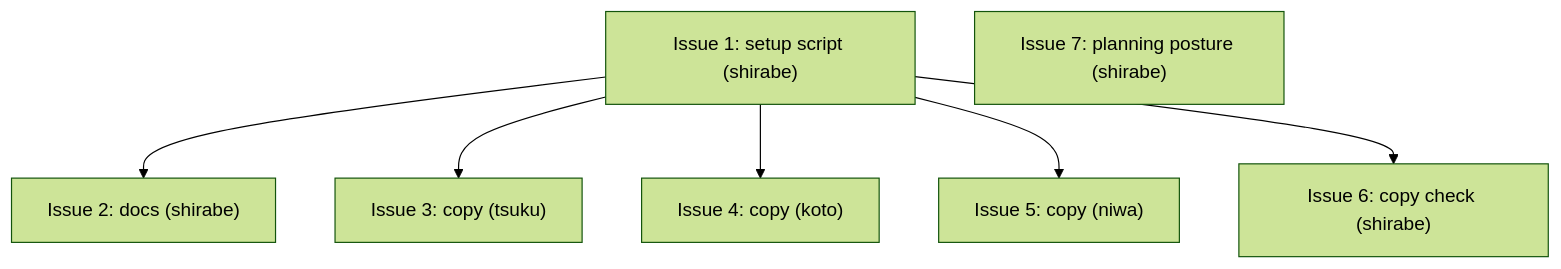
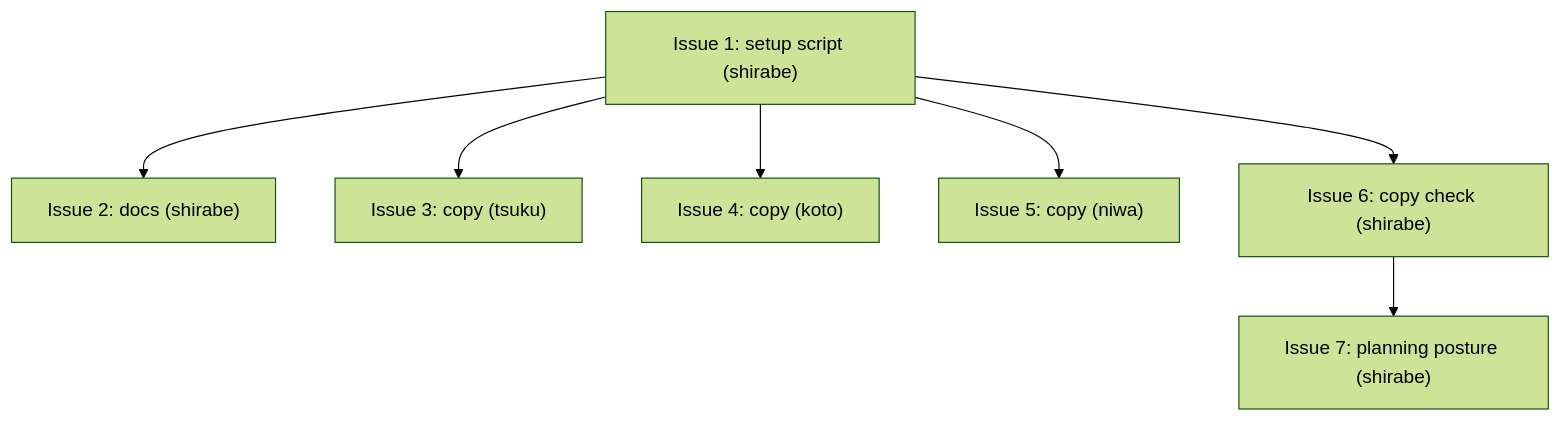
The diagram in docs/plans/PLAN-sr8-workspace-engine.md (tsukumogami/shirabe), drawn with Mermaid (forest theme) before and after one commit. The commit also changed other lines of this file and 2 other files, not shown here.

````diff
--- a/docs/plans/PLAN-sr8-workspace-engine.md
+++ b/docs/plans/PLAN-sr8-workspace-engine.md
@@ -450,9 +476,9 @@
 ```mermaid
 graph TD
     I1["Issue 1: setup script (shirabe)"] --> I2["Issue 2: docs (shirabe)"]
     I1 --> I3["Issue 3: copy (tsuku)"]
     I1 --> I4["Issue 4: copy (koto)"]
     I1 --> I5["Issue 5: copy (niwa)"]
     I1 --> I6["Issue 6: copy check (shirabe)"]
-    I7["Issue 7: planning posture (shirabe)"]
+    I6 --> I7["Issue 7: planning posture (shirabe)"]
 ```
````
